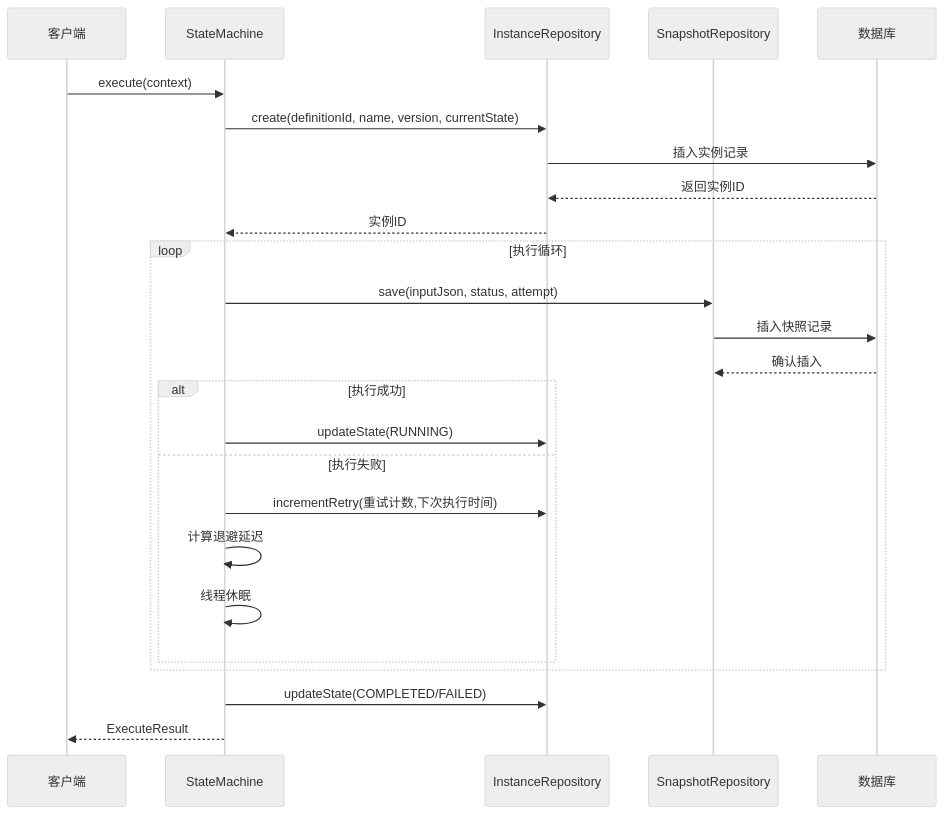
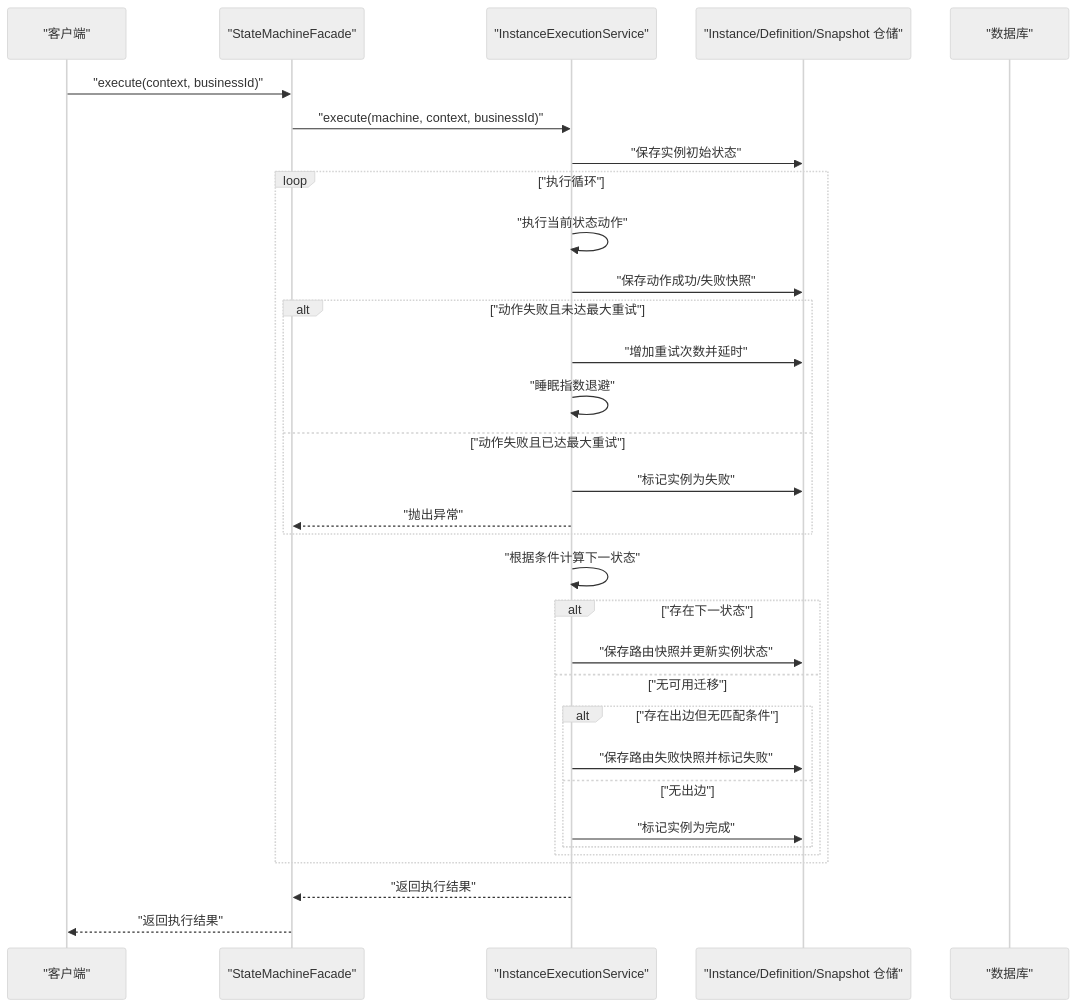
Before and after one commit to xiaoche80s-tech/state-machine-parent: the fourth of 8 diagrams in .qoder/repowiki/zh/content/项目概述.md, drawn with Mermaid (neutral theme). The commit also changed other lines of this file and 97 other files, not shown here.

````diff
--- a/.qoder/repowiki/zh/content/项目概述.md
+++ b/.qoder/repowiki/zh/content/项目概述.md
@@ -242,27 +213,34 @@
 ```mermaid
 sequenceDiagram
-participant Client as 客户端
-participant SM as StateMachine
-participant IR as InstanceRepository
-participant SR as SnapshotRepository
-participant DB as 数据库
-Client->>SM : execute(context)
-SM->>IR : create(definitionId, name, version, currentState)
-IR->>DB : 插入实例记录
-DB-->>IR : 返回实例ID
-IR-->>SM : 实例ID
-loop 执行循环
-SM->>SR : save(inputJson, status, attempt)
-SR->>DB : 插入快照记录
-DB-->>SR : 确认插入
-alt 执行成功
-SM->>IR : updateState(RUNNING)
-else 执行失败
-SM->>IR : incrementRetry(重试计数,下次执行时间)
-SM->>SM : 计算退避延迟
-SM->>SM : 线程休眠
+participant Client as "客户端"
+participant Facade as "StateMachineFacade"
+participant Exec as "InstanceExecutionService"
+participant Repo as "Instance/Definition/Snapshot 仓储"
+participant DB as "数据库"
+Client->>Facade : "execute(context, businessId)"
+Facade->>Exec : "execute(machine, context, businessId)"
+Exec->>Repo : "保存实例初始状态"
+loop "执行循环"
+Exec->>Exec : "执行当前状态动作"
+Exec->>Repo : "保存动作成功/失败快照"
+alt "动作失败且未达最大重试"
+Exec->>Repo : "增加重试次数并延时"
+Exec->>Exec : "睡眠指数退避"
+else "动作失败且已达最大重试"
+Exec->>Repo : "标记实例为失败"
+Exec-->>Facade : "抛出异常"
+end
+Exec->>Exec : "根据条件计算下一状态"
+alt "存在下一状态"
+Exec->>Repo : "保存路由快照并更新实例状态"
+else "无可用迁移"
+alt "存在出边但无匹配条件"
+Exec->>Repo : "保存路由失败快照并标记失败"
+else "无出边"
+Exec->>Repo : "标记实例为完成"
 end
 end
-SM->>IR : updateState(COMPLETED/FAILED)
-SM-->>Client : ExecuteResult
+end
+Exec-->>Facade : "返回执行结果"
+Facade-->>Client : "返回执行结果"
 ```
````
